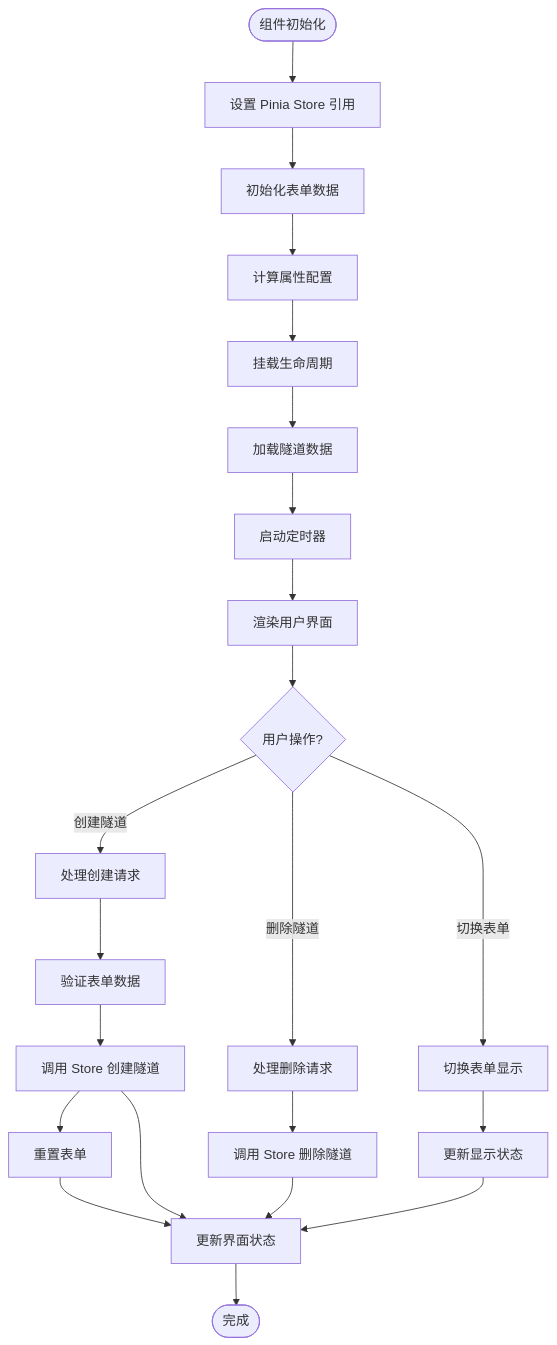
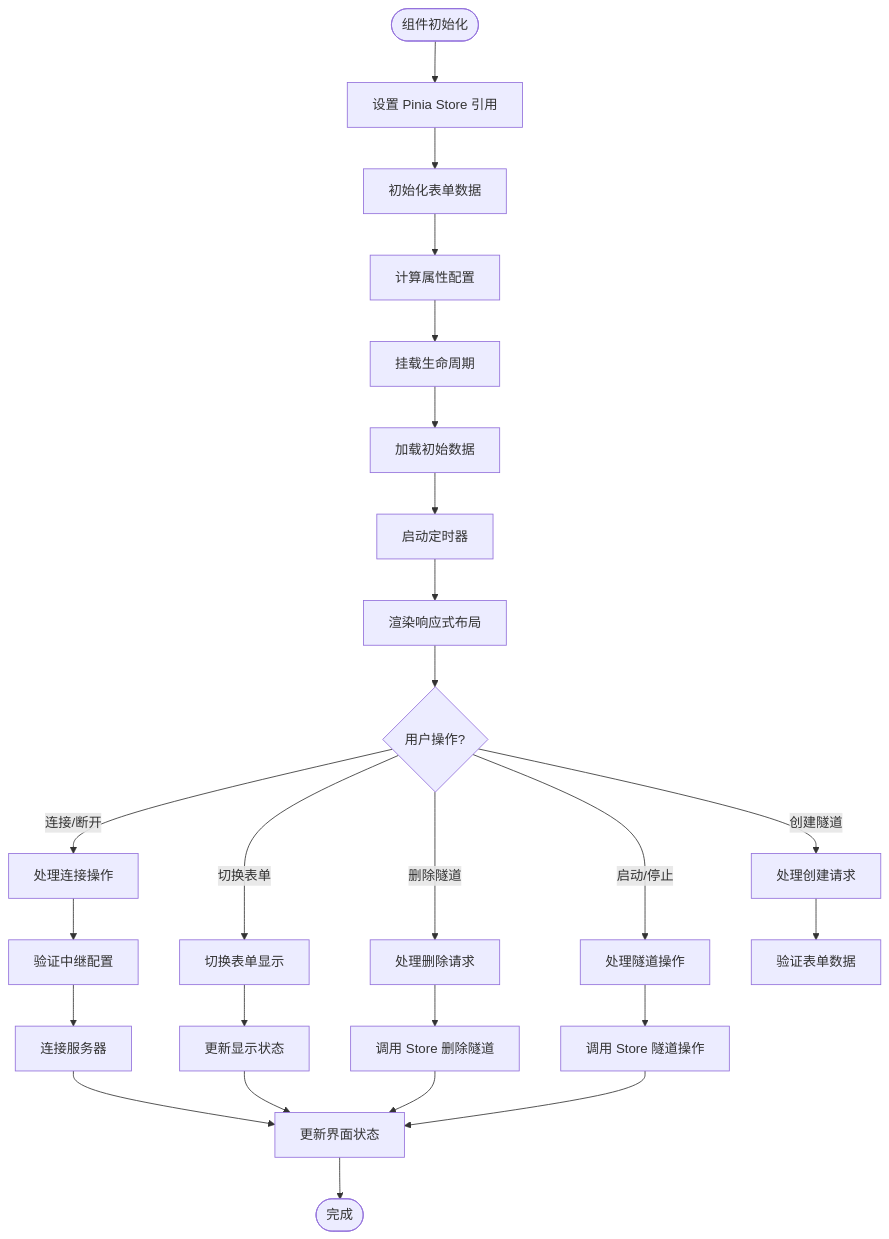
The sixth of 13 diagrams in .qoder/repowiki/zh/content/架构设计/桌面端架构设计/组件系统设计/组件系统设计.md (itsharex/NexTunnel), drawn with Mermaid before and after one commit. The commit also changed other lines of this file and 41 other files, not shown here.

````diff
--- a/.qoder/repowiki/zh/content/架构设计/桌面端架构设计/组件系统设计/组件系统设计.md
+++ b/.qoder/repowiki/zh/content/架构设计/桌面端架构设计/组件系统设计/组件系统设计.md
@@ -205,24 +330,27 @@
 ```mermaid
 flowchart TD
 Start([组件初始化]) --> SetupStore["设置 Pinia Store 引用"]
-SetupStore --> SetupForm["初始化表单数据"]
-SetupForm --> SetupComputed["计算属性配置"]
+SetupStore --> SetupForms["初始化表单数据"]
+SetupForms --> SetupComputed["计算属性配置"]
 SetupComputed --> MountLifecycle["挂载生命周期"]
-MountLifecycle --> LoadData["加载隧道数据"]
-LoadData --> StartInterval["启动定时器"]
-StartInterval --> RenderUI["渲染用户界面"]
+MountLifecycle --> LoadData["加载初始数据"]
+LoadData --> StartRefreshTimer["启动定时器"]
+StartRefreshTimer --> RenderUI["渲染响应式布局"]
 RenderUI --> UserAction{"用户操作?"}
+UserAction --> |连接/断开| HandleConnection["处理连接操作"]
 UserAction --> |创建隧道| HandleCreate["处理创建请求"]
 UserAction --> |删除隧道| HandleDelete["处理删除请求"]
+UserAction --> |启动/停止| HandleTunnelOps["处理隧道操作"]
 UserAction --> |切换表单| ToggleForm["切换表单显示"]
+HandleConnection --> ValidateRelay["验证中继配置"]
+ValidateRelay --> ConnectServer["连接服务器"]
+ConnectServer --> UpdateUI["更新界面状态"]
 HandleCreate --> ValidateForm["验证表单数据"]
-ValidateForm --> CreateTunnel["调用 Store 创建隧道"]
-CreateTunnel --> ResetForm["重置表单"]
 HandleDelete --> CallStoreDelete["调用 Store 删除隧道"]
+HandleTunnelOps --> CallStoreTunnel["调用 Store 隧道操作"]
 ToggleForm --> UpdateShowForm["更新显示状态"]
-CreateTunnel --> UpdateUI["更新界面状态"]
+UpdateShowForm --> UpdateUI
 CallStoreDelete --> UpdateUI
-ResetForm --> UpdateUI
-UpdateShowForm --> UpdateUI
+CallStoreTunnel --> UpdateUI
 UpdateUI --> End([完成])
 ```
````
